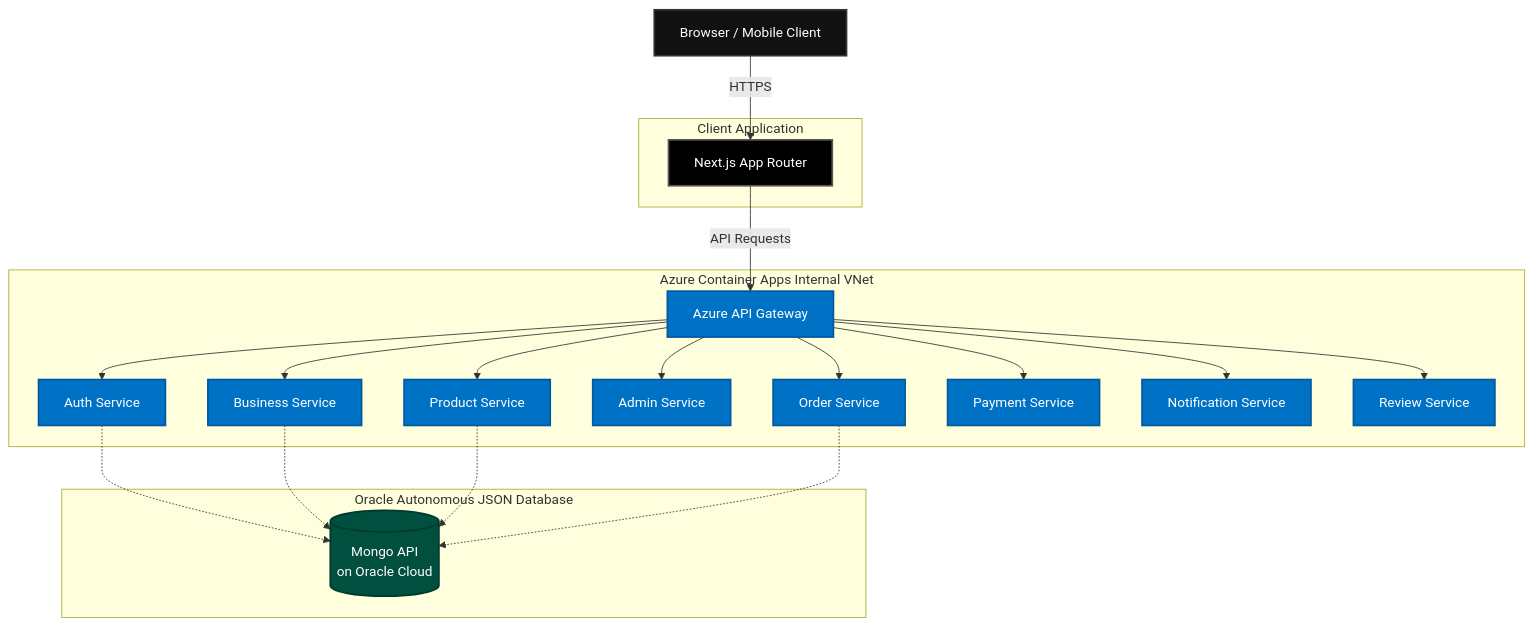
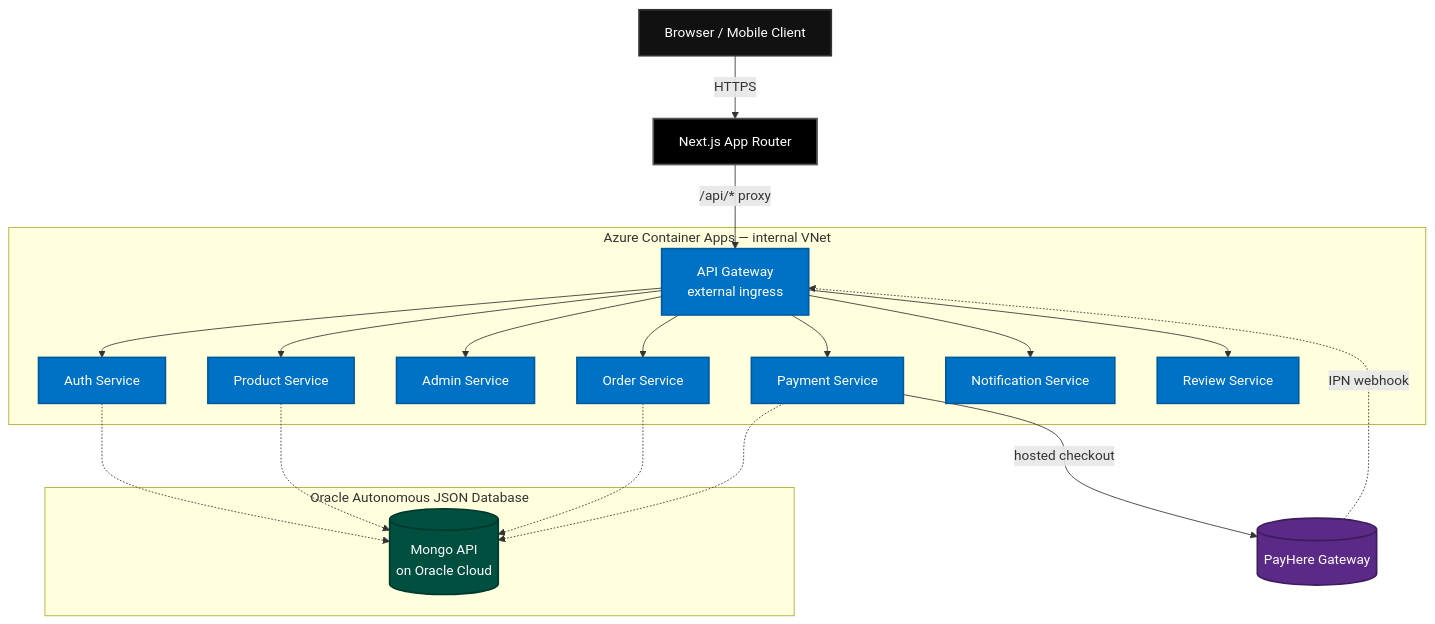
One commit to ChamathDilshanC/NexusCart-Microservices-Monorepo changed the diagram in README.md. Above: the diagram before and after it, drawn with Mermaid. The commit also changed other lines of this file, not shown here.

````diff
--- a/README.md
+++ b/README.md
@@ -46,44 +48,37 @@
 ```mermaid
 graph TD
-    %% Define Client Layer
-    Client[Browser / Mobile Client] -->|HTTPS| Frontend
-    
-    %% Define Frontend Layer
-    subgraph ClientApp [Client Application]
-        Frontend[Next.js App Router]
-    end
-    
-    %% Define API Gateway Layer
-    Frontend -->|API Requests| Gateway[Azure API Gateway]
-    
-    %% Define Microservices Layer
-    subgraph AzureApps [Azure Container Apps Internal VNet]
+    Client[Browser / Mobile Client] -->|HTTPS| Frontend[Next.js App Router]
+    Frontend -->|/api/* proxy| Gateway[API Gateway<br/>external ingress]
+
+    subgraph AzureApps [Azure Container Apps — internal VNet]
         Gateway --> Auth[Auth Service]
-        Gateway --> Biz[Business Service]
         Gateway --> Prod[Product Service]
         Gateway --> Admin[Admin Service]
         Gateway --> Order[Order Service]
         Gateway --> Pay[Payment Service]
         Gateway --> Notif[Notification Service]
         Gateway --> Review[Review Service]
     end
-    
-    %% Define Database Layer
+
     subgraph OracleDB [Oracle Autonomous JSON Database]
         Auth -.-> DB[(Mongo API<br/>on Oracle Cloud)]
-        Biz -.-> DB
         Prod -.-> DB
         Order -.-> DB
+        Pay -.-> DB
     end
-    
-    %% Styling
+
+    Pay -->|hosted checkout| PayHere[(PayHere Gateway)]
+    PayHere -.->|IPN webhook| Gateway
+
     classDef client fill:#111,stroke:#333,stroke-width:2px,color:#fff;
     classDef frontend fill:#000,stroke:#555,stroke-width:2px,color:#fff;
     classDef azure fill:#0072c6,stroke:#005a9e,stroke-width:2px,color:#fff;
     classDef db fill:#004f3f,stroke:#003a2f,stroke-width:2px,color:#fff;
-    
+    classDef ext fill:#5b2a86,stroke:#3d1c5c,stroke-width:2px,color:#fff;
+
     class Client client;
     class Frontend frontend;
-    class Gateway,Auth,Biz,Prod,Admin,Order,Pay,Notif,Review azure;
+    class Gateway,Auth,Prod,Admin,Order,Pay,Notif,Review azure;
     class DB db;
+    class PayHere ext;
 ```
````
